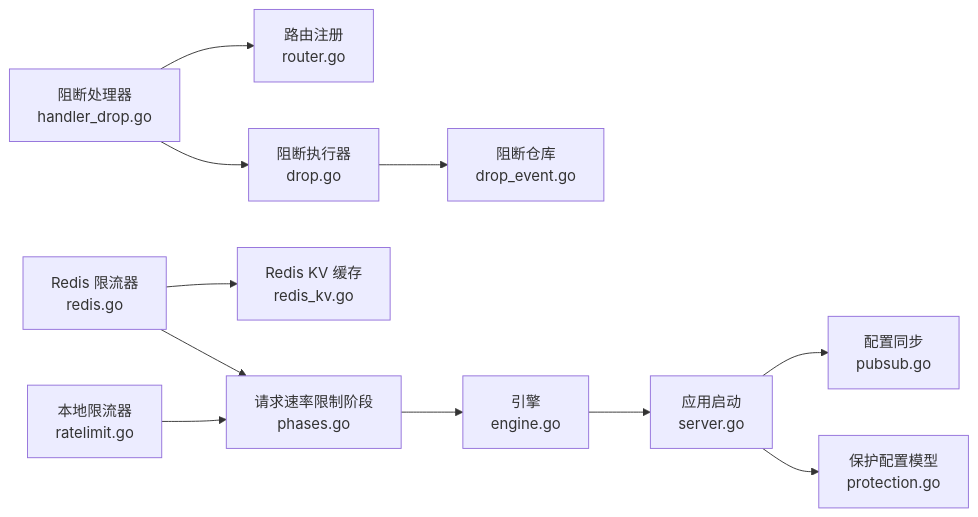
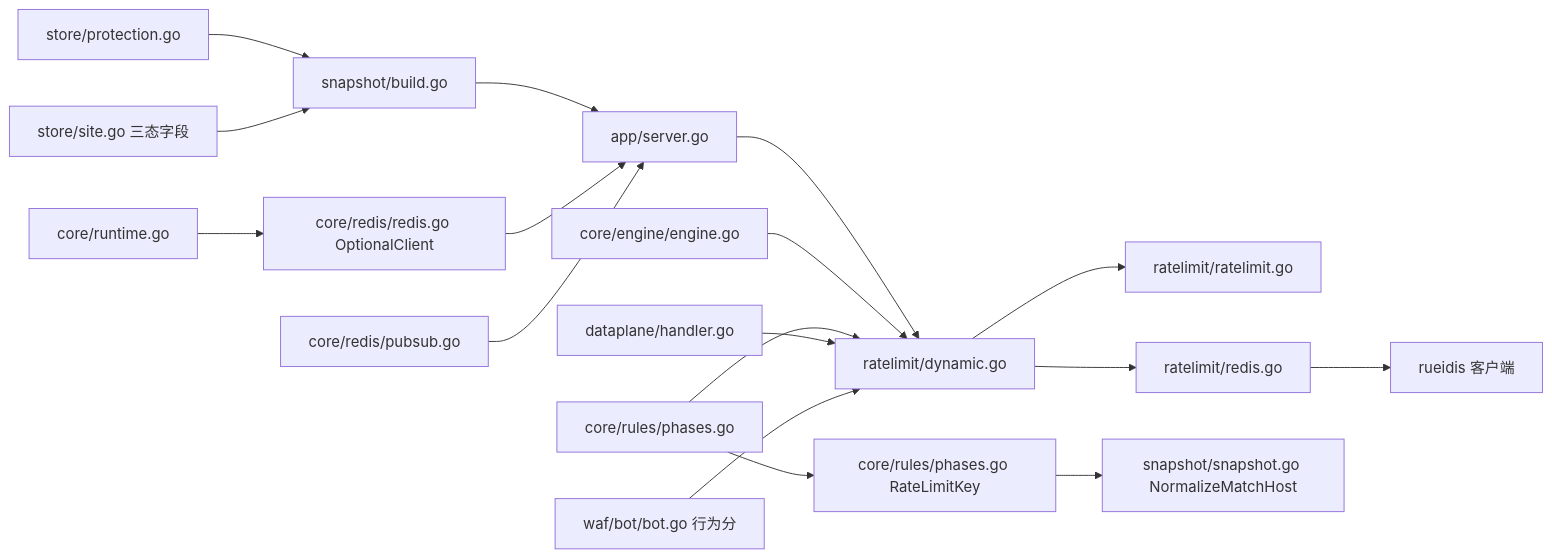
The fifth of 6 diagrams in docs/安全防护功能/速率限制机制/速率限制机制.md (x01n/My-OpenWaf), drawn with Mermaid before and after one commit. The commit also changed other lines of this file and 622 other files, not shown here.

````diff
--- a/docs/安全防护功能/速率限制机制/速率限制机制.md
+++ b/docs/安全防护功能/速率限制机制/速率限制机制.md
@@ -455,13 +495,19 @@
 ```mermaid
 graph LR
-RL_LOCAL["本地限流器<br/>ratelimit.go"] --> PH["请求速率限制阶段<br/>phases.go"]
-RL_REDIS["Redis 限流器<br/>redis.go"] --> PH
-DROP_EXEC["阻断执行器<br/>drop.go"] --> DROP_REPO["阻断仓库<br/>drop_event.go"]
-DROP_HANDLER["阻断处理器<br/>handler_drop.go"] --> DROP_EXEC
-PH --> ENG["引擎<br/>engine.go"]
-ENG --> APP["应用启动<br/>server.go"]
-APP --> CFG["保护配置模型<br/>protection.go"]
-APP --> PUBSUB["配置同步<br/>pubsub.go"]
-RL_REDIS --> KV["Redis KV 缓存<br/>redis_kv.go"]
-DROP_HANDLER --> ROUTER["路由注册<br/>router.go"]
+    CFG["store/protection.go"] --> MERGE["snapshot/build.go"]
+    SITE["store/site.go 三态字段"] --> MERGE
+    MERGE --> SERVER["app/server.go"]
+    OPT["core/redis/redis.go OptionalClient"] --> SERVER
+    RT["core/runtime.go"] --> OPT
+    SERVER --> DYN["ratelimit/dynamic.go"]
+    DYN --> LOCAL["ratelimit/ratelimit.go"]
+    DYN --> REDIS["ratelimit/redis.go"]
+    REDIS --> RUEIDIS["rueidis 客户端"]
+    ENGINE["core/engine/engine.go"] --> DYN
+    PHASES["core/rules/phases.go"] --> DYN
+    PHASES --> KEY["core/rules/phases.go RateLimitKey"]
+    KEY --> NORM["snapshot/snapshot.go NormalizeMatchHost"]
+    HANDLER["dataplane/handler.go"] --> DYN
+    BOT["waf/bot/bot.go 行为分"] --> DYN
+    PUBSUB["core/redis/pubsub.go"] --> SERVER
 ```
````
